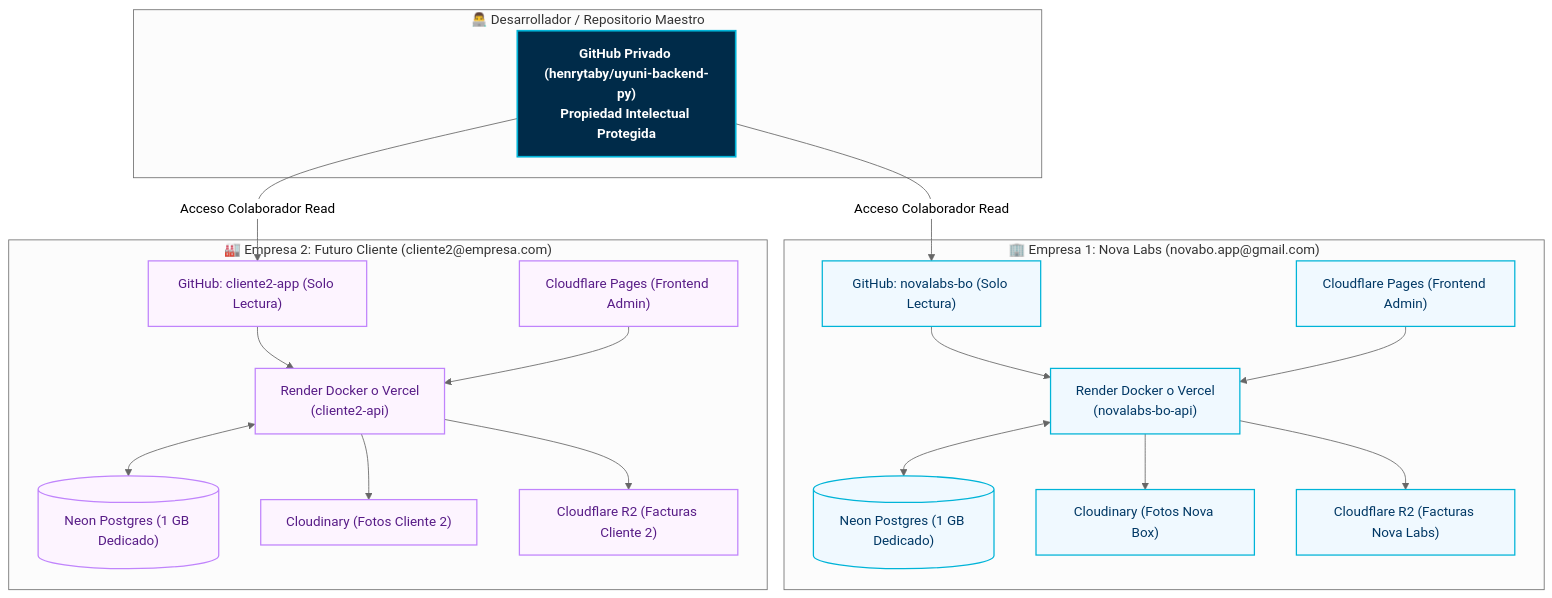
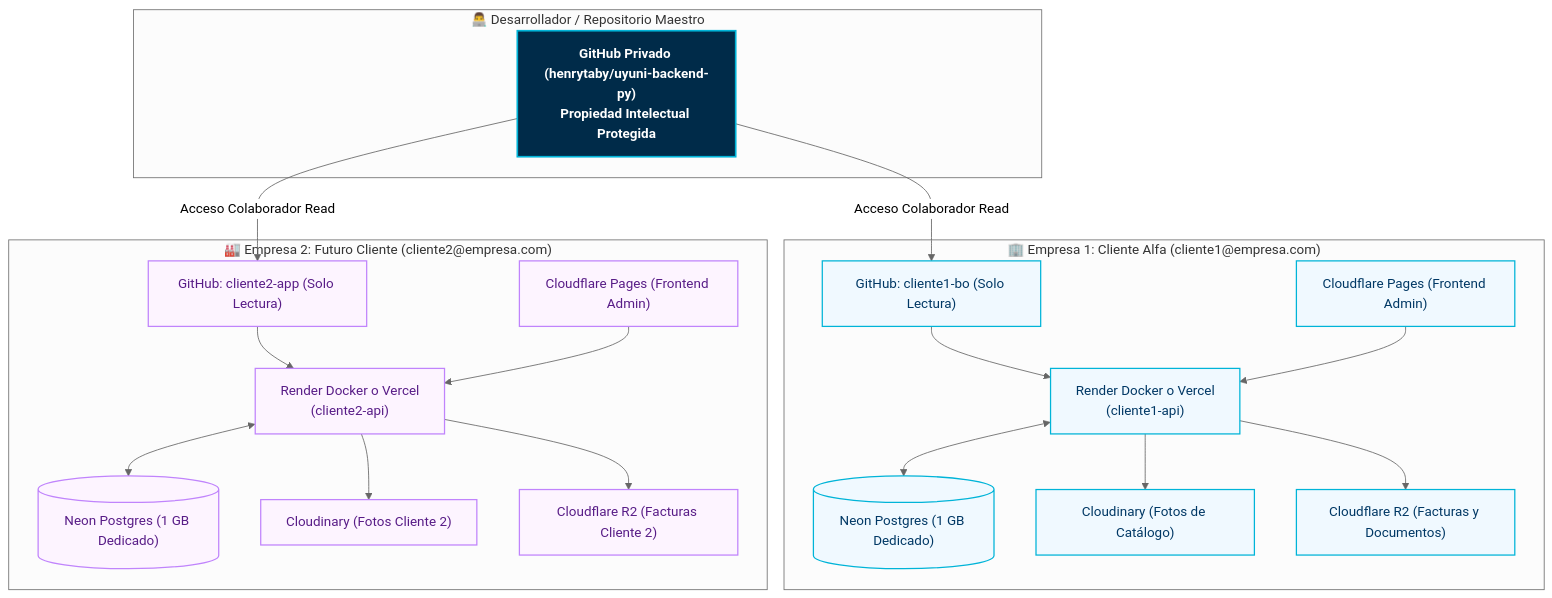
The diagram in docs/deployment/README.md (henrytaby/uyuni-backend-py), drawn with Mermaid (neutral theme) before and after one commit. The commit also changed other lines of this file and 17 other files, not shown here.

Commit message:
refactor: remove hardcoded Nova Box references and rebrand commerce module to white-label retail

````diff
--- a/docs/deployment/README.md
+++ b/docs/deployment/README.md
@@ -20,50 +20,50 @@
 ```mermaid
 flowchart TD
     %% ==========================================
     %% ARQUITECTURA MULTI-CLIENTE MARCA BLANCA
     %% ==========================================
     
     subgraph DevMaster ["👨‍💻 Desarrollador / Repositorio Maestro"]
         REPO["GitHub Privado (henrytaby/uyuni-backend-py)<br/>Propiedad Intelectual Protegida"]
     end
 
-    subgraph Client1 ["🏢 Empresa 1: Nova Labs (novabo.app@gmail.com)"]
-        GH1["GitHub: novalabs-bo (Solo Lectura)"]
+    subgraph Client1 ["🏢 Empresa 1: Cliente Alfa (cliente1@empresa.com)"]
+        GH1["GitHub: cliente1-bo (Solo Lectura)"]
         NEON1[("Neon Postgres (1 GB Dedicado)")]
-        SERVER1["Render Docker o Vercel<br/>(novalabs-bo-api)"]
-        CLD1["Cloudinary (Fotos Nova Box)"]
-        R2_1["Cloudflare R2 (Facturas Nova Labs)"]
+        SERVER1["Render Docker o Vercel<br/>(cliente1-api)"]
+        CLD1["Cloudinary (Fotos de Catálogo)"]
+        R2_1["Cloudflare R2 (Facturas y Documentos)"]
         PAGES1["Cloudflare Pages (Frontend Admin)"]
     end
 
     subgraph Client2 ["🏭 Empresa 2: Futuro Cliente (cliente2@empresa.com)"]
         GH2["GitHub: cliente2-app (Solo Lectura)"]
         NEON2[("Neon Postgres (1 GB Dedicado)")]
         SERVER2["Render Docker o Vercel<br/>(cliente2-api)"]
         CLD2["Cloudinary (Fotos Cliente 2)"]
         R2_2["Cloudflare R2 (Facturas Cliente 2)"]
         PAGES2["Cloudflare Pages (Frontend Admin)"]
     end
 
     REPO -->|Acceso Colaborador Read| GH1
     REPO -->|Acceso Colaborador Read| GH2
 
     GH1 --> SERVER1 <--> NEON1
     SERVER1 --> CLD1
     SERVER1 --> R2_1
     PAGES1 --> SERVER1
 
     GH2 --> SERVER2 <--> NEON2
     SERVER2 --> CLD2
     SERVER2 --> R2_2
     PAGES2 --> SERVER2
 
     %% Estilos Corporativos Uyuni
     classDef devNode fill:#002b49,stroke:#00b4d8,stroke-width:2px,color:#ffffff,font-weight:bold;
     classDef c1Node fill:#f0f9ff,stroke:#00b4d8,stroke-width:1.5px,color:#003865;
     classDef c2Node fill:#fdf4ff,stroke:#c084fc,stroke-width:1.5px,color:#581c87;
 
     class REPO devNode;
     class GH1,NEON1,SERVER1,CLD1,R2_1,PAGES1 c1Node;
     class GH2,NEON2,SERVER2,CLD2,R2_2,PAGES2 c2Node;
 ```
````
